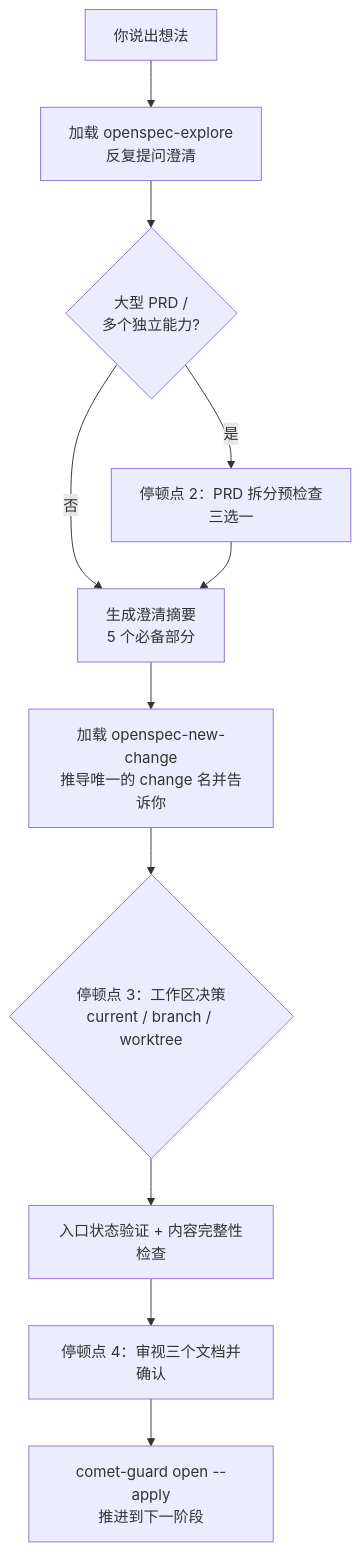
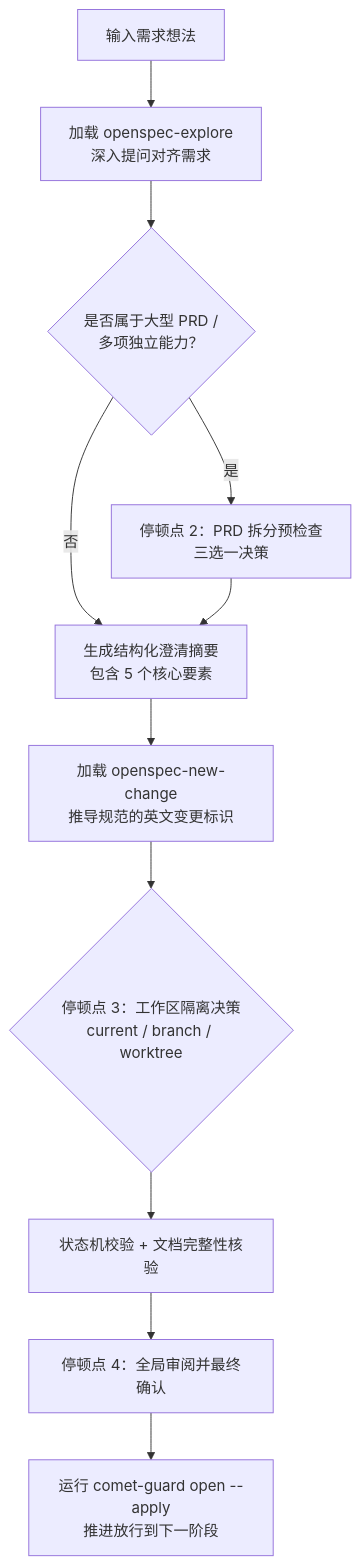
The diagram in zh/phases/open.mdx (rpamis/comet-website-docs), drawn with Mermaid before and after one commit. The commit also changed other lines of this file and 76 other files, not shown here.

````diff
--- a/zh/phases/open.mdx
+++ b/zh/phases/open.mdx
@@ -57,13 +50,13 @@
 ```mermaid
 flowchart TD
-    Start["你说出想法"] --> S1["加载 openspec-explore<br/>反复提问澄清"]
-    S1 --> S1a{"大型 PRD /<br/>多个独立能力?"}
-    S1a -->|是| Stop1["停顿点 2：PRD 拆分预检查<br/>三选一"]
-    S1a -->|否| S1sum["生成澄清摘要<br/>5 个必备部分"]
+    Start["输入需求想法"] --> S1["加载 openspec-explore<br/>深入提问对齐需求"]
+    S1 --> S1a{"是否属于大型 PRD /<br/>多项独立能力？"}
+    S1a -->|是| Stop1["停顿点 2：PRD 拆分预检查<br/>三选一决策"]
+    S1a -->|否| S1sum["生成结构化澄清摘要<br/>包含 5 个核心要素"]
     Stop1 --> S1sum
-    S1sum --> S2["加载 openspec-new-change<br/>推导唯一的 change 名并告诉你"]
-    S2 --> S2b{"停顿点 3：工作区决策<br/>current / branch / worktree"}
-    S2b --> S3["入口状态验证 + 内容完整性检查"]
-    S3 --> Stop4["停顿点 4：审视三个文档并确认"]
-    Stop4 --> Exit["comet-guard open --apply<br/>推进到下一阶段"]
+    S1sum --> S2["加载 openspec-new-change<br/>推导规范的英文变更标识"]
+    S2 --> S2b{"停顿点 3：工作区隔离决策<br/>current / branch / worktree"}
+    S2b --> S3["状态机校验 + 文档完整性核验"]
+    S3 --> Stop4["停顿点 4：全局审阅并最终确认"]
+    Stop4 --> Exit["运行 comet-guard open --apply<br/>推进放行到下一阶段"]
 ```
````
